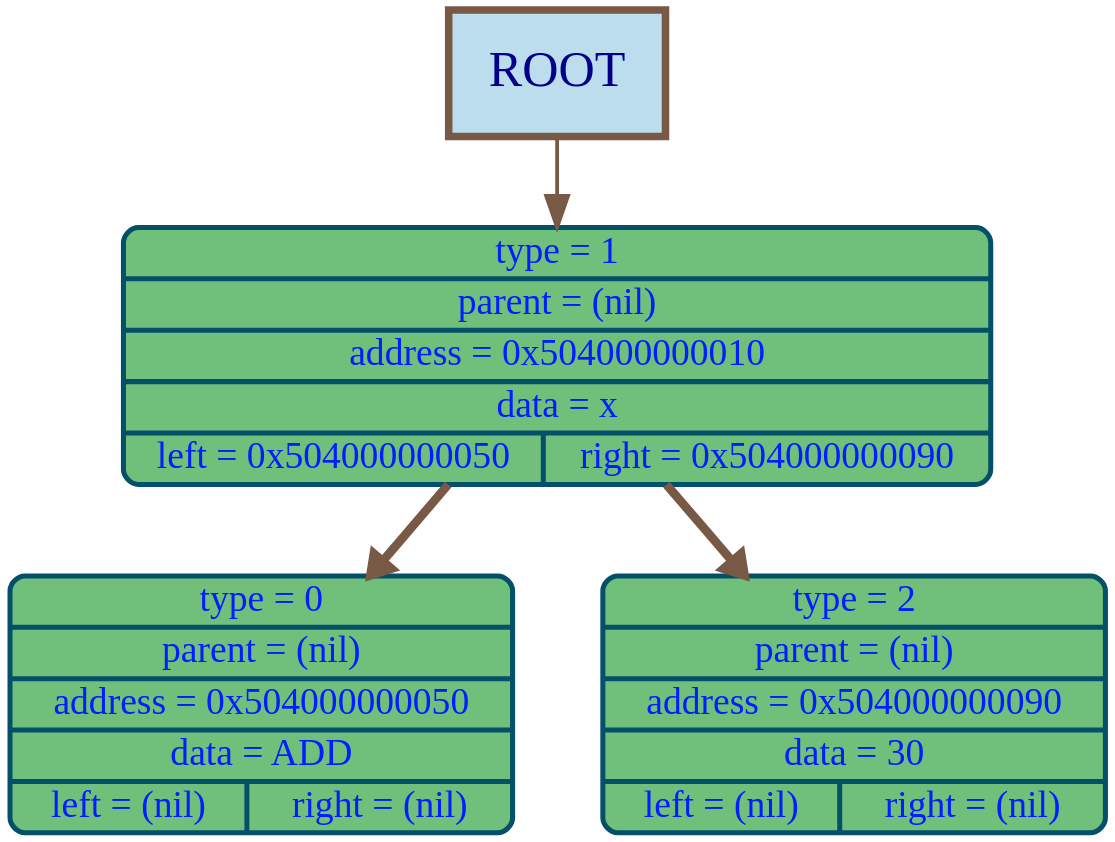
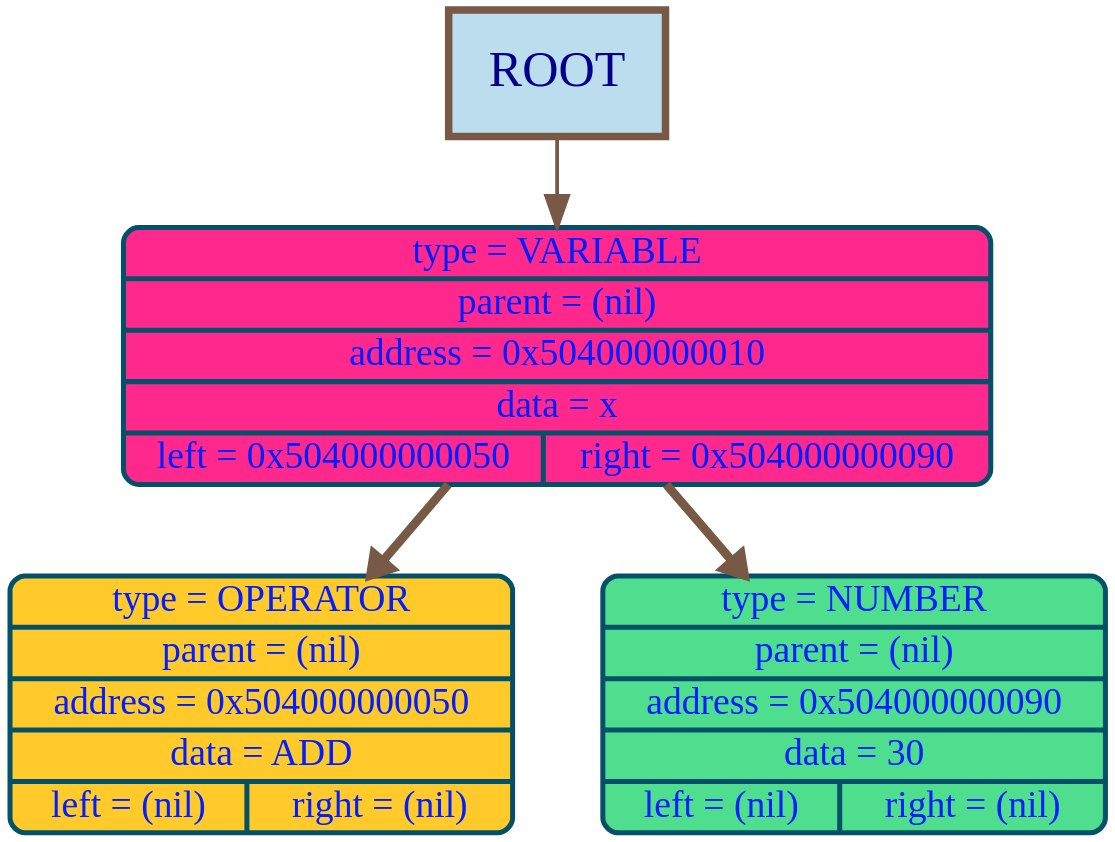
Before and after one commit to timoko3/diffirenciator: the diagram in graphDumps/graphDump.dot, drawn with Graphviz. The commit also changed 3 other files, not shown here.

```diff
--- a/graphDumps/graphDump.dot
+++ b/graphDumps/graphDump.dot
@@ -1,14 +1,14 @@
 digraph G {
 bgcolor="transparent"
 nodesep = 1;
 ranksep = 1
 	node [shape=Mrecord, style="filled", fillcolor="#70c07cff", fontcolor="#001effff", color="#035068ff", penwidth=4, fontname="Menlo", fontsize=30];
 
-	node16 [label="{type = 1 | parent = (nil) | address = 0x504000000010 | data = x | {left = 0x504000000050 | right = 0x504000000090}} "];
-	node80 [label="{type = 0 | parent = (nil) | address = 0x504000000050 | data = ADD | {left = (nil) | right = (nil)}} "];
-	node144 [label="{type = 2 | parent = (nil) | address = 0x504000000090 | data = 30 | {left = (nil) | right = (nil)}} "];
+	node16 [label="{type = VARIABLE | parent = (nil) | address = 0x504000000010 | data = x | {left = 0x504000000050 | right = 0x504000000090}} ", fillcolor="#ff298dff"];
+	node80 [label="{type = OPERATOR | parent = (nil) | address = 0x504000000050 | data = ADD | {left = (nil) | right = (nil)}} ", fillcolor="#ffca2aff"];
+	node144 [label="{type = NUMBER | parent = (nil) | address = 0x504000000090 | data = 30 | {left = (nil) | right = (nil)}} ", fillcolor="#4ede8dff"];
 node16 ->node80 [color="#785946ff", arrowsize=1.5, penwidth=7, weight=1000];
 node16->node144 [color="#785946ff", arrowsize=1.5, penwidth=7, weight=1000];
 root_label [shape=box, width = 2.4, height = 1.4, label="ROOT", style="filled", fillcolor="#BBDDEE", color="#785946ff", penwidth = 6,  fontcolor="darkblue", fontsize = 40];
 root_label -> node16 [color="#785946ff"  , arrowsize=2.5, penwidth=3];
 }
```
